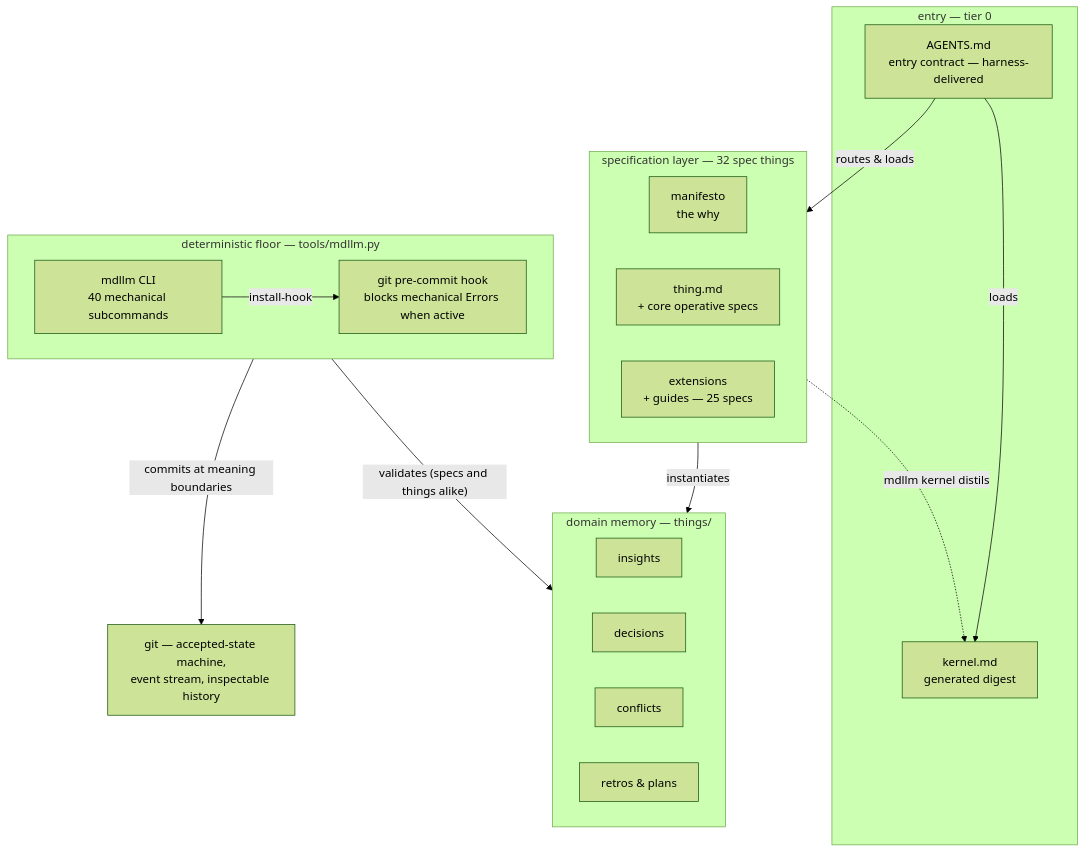
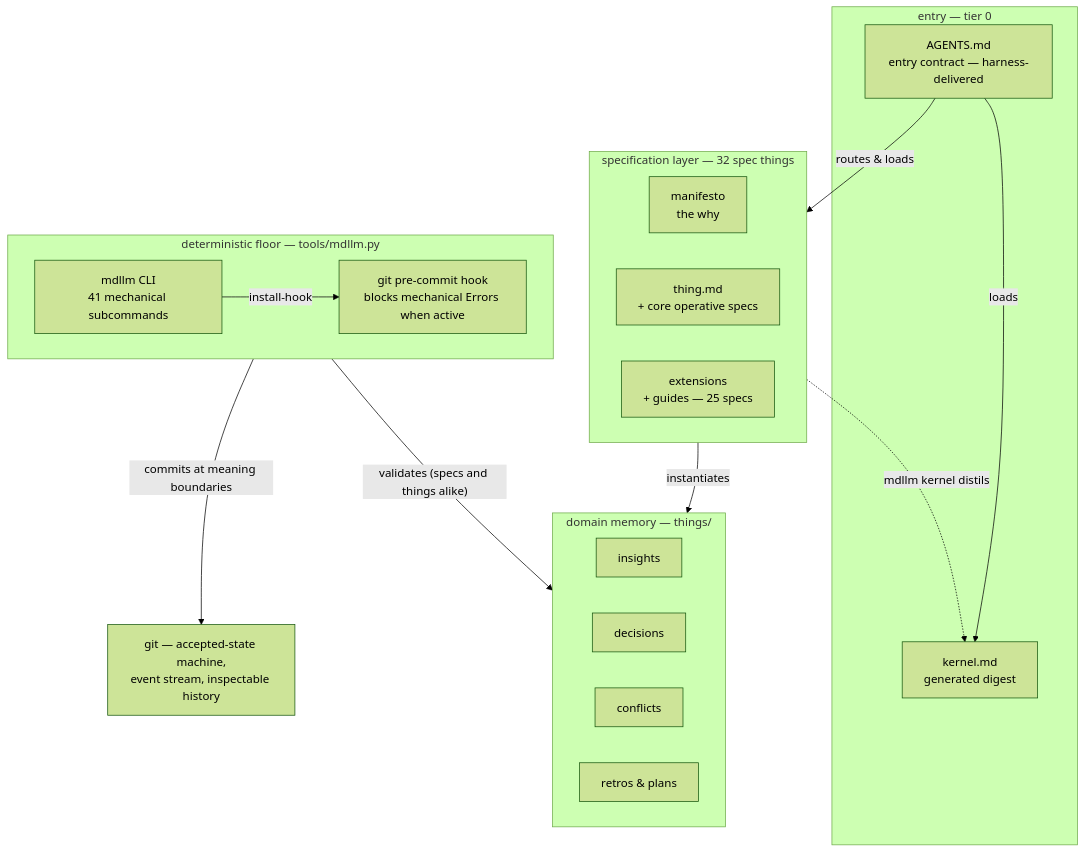
One commit to JanoshMoshiri/MarkdownLLM changed the first of 5 diagrams in docs/framework-map.md. Above: the diagram before and after it, drawn with Mermaid (forest theme). The commit also changed other lines of this file and 19 other files, not shown here.

````diff
--- a/docs/framework-map.md
+++ b/docs/framework-map.md
@@ -63,49 +63,49 @@
 ```mermaid
 flowchart TD
     accTitle: View 1 - the five bands of the framework, read top-down as a session's life
     accDescr {
         Five stacked bands. The entry band, tier 0, holds AGENTS.md as the
         harness-delivered entry contract and kernel.md as a generated digest. Below
         it the specification layer holds 32 spec things: the manifesto for the
         why, thing.md with the core operative specs, and 25 extension and guide
         specs. Below that, domain memory in the things directory holds insights,
         decisions, conflicts, retrospectives and plans. Below that, the
-        deterministic floor is tools/mdllm.py, providing the mdllm CLI with 40
+        deterministic floor is tools/mdllm.py, providing the mdllm CLI with 41
         mechanical subcommands and a git pre-commit hook that, when current and
         runnable, blocks commits with mechanical Errors. At the base, git is
         the accepted-state machine, event stream and inspectable audit aid.
         The edges run as follows. AGENTS.md loads the kernel and routes
         to the specs. The specs distil back up into the kernel via mdllm
         kernel, which is why that one edge points upward. The specs instantiate
         domain memory. The CLI installs the hook. The floor validates memory,
         specs and things alike, and commits at meaning boundaries into git.
     }
     subgraph entry ["entry — tier 0"]
         AGENTS["AGENTS.md<br/>entry contract — harness-delivered"]
         KERNEL["kernel.md<br/>generated digest"]
     end
     subgraph specs ["specification layer — 32 spec things"]
         MANIFESTO["manifesto<br/>the why"]
         THING["thing.md<br/>+ core operative specs"]
         EXT["extensions<br/>+ guides — 25 specs"]
     end
     subgraph memory ["domain memory — things/"]
         INSIGHTS["insights"]
         DECISIONS["decisions"]
         CONFLICTS["conflicts"]
         RETROS["retros & plans"]
     end
     subgraph floor ["deterministic floor — tools/mdllm.py"]
-        MDLLM["mdllm CLI<br/>40 mechanical subcommands"]
+        MDLLM["mdllm CLI<br/>41 mechanical subcommands"]
         HOOK["git pre-commit hook<br/>blocks mechanical Errors when active"]
     end
     GIT["git — accepted-state machine,<br/>event stream, inspectable history"]
 
     AGENTS -->|loads| KERNEL
     AGENTS -->|routes & loads| specs
     specs -.->|"mdllm kernel distils"| KERNEL
     specs -->|instantiates| memory
     MDLLM -->|install-hook| HOOK
     floor -->|"validates (specs and things alike)"| memory
     floor -->|commits at meaning boundaries| GIT
 ```
````
